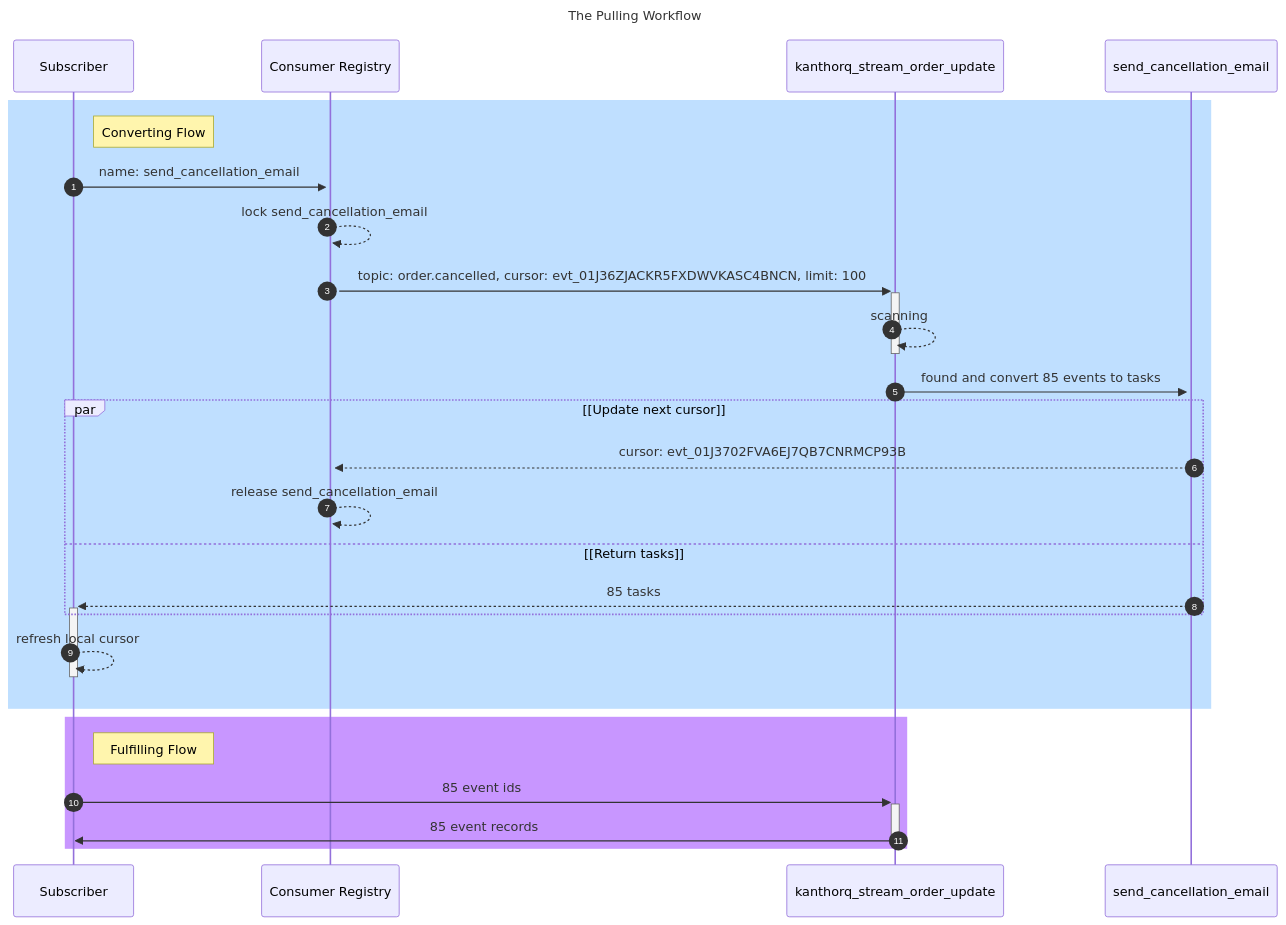
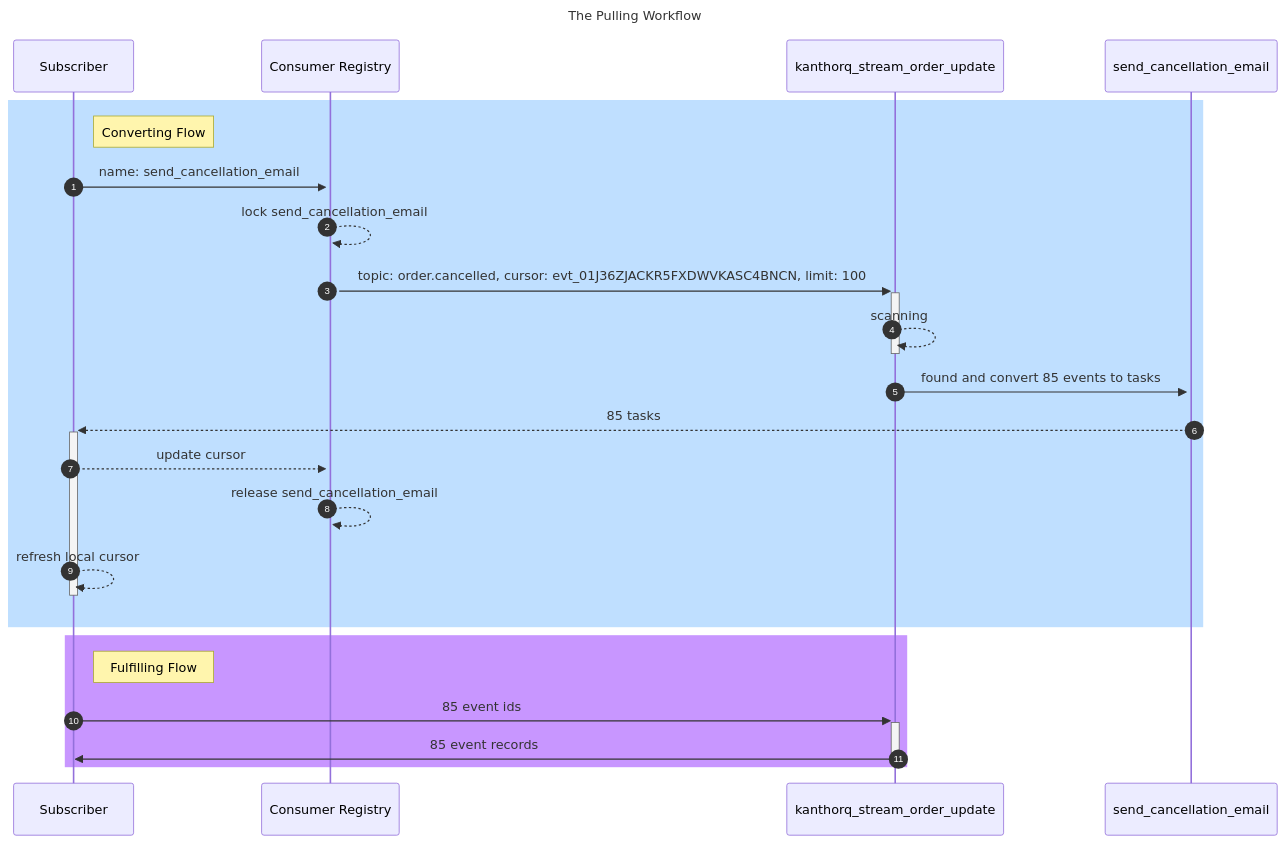
The first of 2 diagrams in website/docs/002-concepts/007-subscriber.md (kanthorlabs/kanthorq), drawn with Mermaid before and after one commit. The commit also changed other lines of this file and 9 other files, not shown here.

````diff
--- a/website/docs/002-concepts/007-subscriber.md
+++ b/website/docs/002-concepts/007-subscriber.md
@@ -15,37 +15,34 @@
 ```mermaid
 ---
 title: The Pulling Workflow
 ---
 sequenceDiagram
   autonumber
 
   rect rgb(191, 223, 255)
   note right of Subscriber: Converting Flow
 
   Subscriber ->> +Consumer Registry: name: send_cancellation_email
   Consumer Registry -->> Consumer Registry: lock send_cancellation_email
 
   Consumer Registry ->> +kanthorq_stream_order_update: topic: order.cancelled, cursor: evt_01J36ZJACKR5FXDWVKASC4BNCN, limit: 100
   kanthorq_stream_order_update -->> -kanthorq_stream_order_update: scanning
   kanthorq_stream_order_update ->> +send_cancellation_email: found and convert 85 events to tasks
 
-  par [Update next cursor]
-    send_cancellation_email -->> Consumer Registry: cursor: evt_01J3702FVA6EJ7QB7CNRMCP93B
-    Consumer Registry -->> Consumer Registry: release send_cancellation_email
-  and [Return tasks]
-    send_cancellation_email -->> +Subscriber: 85 tasks
-  end
+  send_cancellation_email -->> +Subscriber: 85 tasks
+  Subscriber -->> Consumer Registry: update cursor
+  Consumer Registry -->> Consumer Registry: release send_cancellation_email
 
   Subscriber -->> -Subscriber: refresh local cursor
 
   end
 
   rect rgb(200, 150, 255)
   note right of Subscriber: Fulfilling Flow
 
   Subscriber ->> +kanthorq_stream_order_update: 85 event ids
   kanthorq_stream_order_update ->> -Subscriber: 85 event records
   end
 
 
 ```
````
